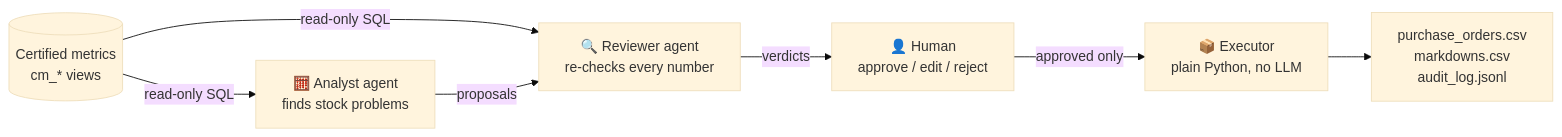
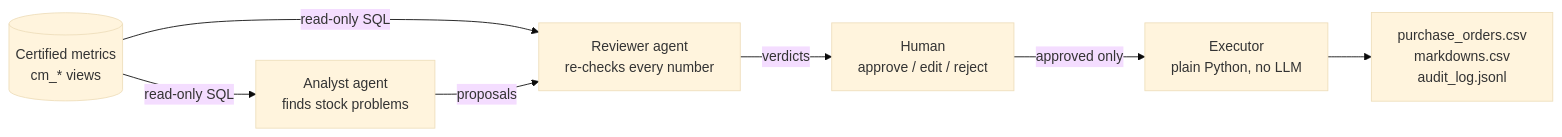
The diagram in README.md (DjamelEddineKhelili/retail-agents), drawn with Mermaid (base theme) before and after one commit. The commit also changed other lines of this file, not shown here.

First line of the commit message:
Revise README with updated agent descriptions and fixes

````diff
--- a/README.md
+++ b/README.md
@@ -6,14 +6,14 @@
 ```mermaid
 flowchart LR
     DB[(Certified metrics<br/>cm_* views)]
-    A[🧮 Analyst agent<br/>finds stock problems]
-    R[🔍 Reviewer agent<br/>re-checks every number]
-    H[👤 Human<br/>approve / edit / reject]
-    X[📦 Executor<br/>plain Python, no LLM]
+    A[Analyst agent<br/>finds stock problems]
+    R[Reviewer agent<br/>re-checks every number]
+    H[Human<br/>approve / edit / reject]
+    X[Executor<br/>plain Python, no LLM]
     DB -- read-only SQL --> A
     DB -- read-only SQL --> R
     A -- proposals --> R
     R -- verdicts --> H
     H -- approved only --> X
     X --> PO[purchase_orders.csv<br/>markdowns.csv<br/>audit_log.jsonl]
 ```
````
